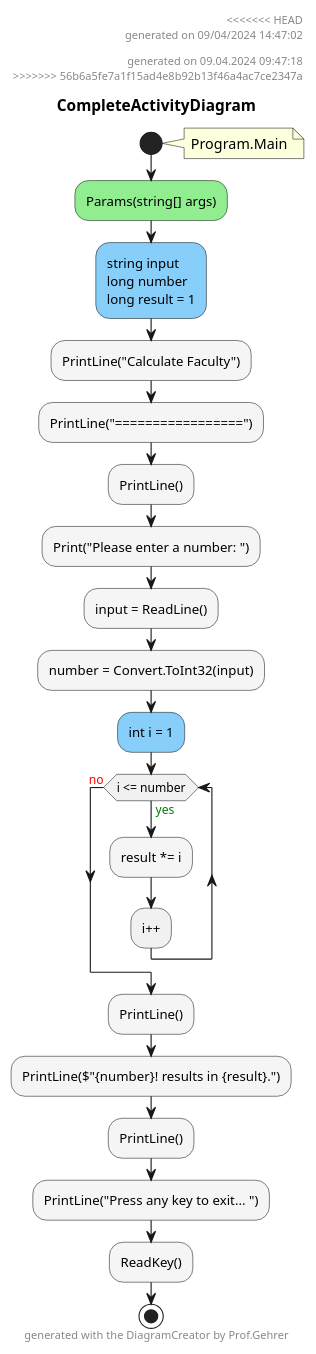
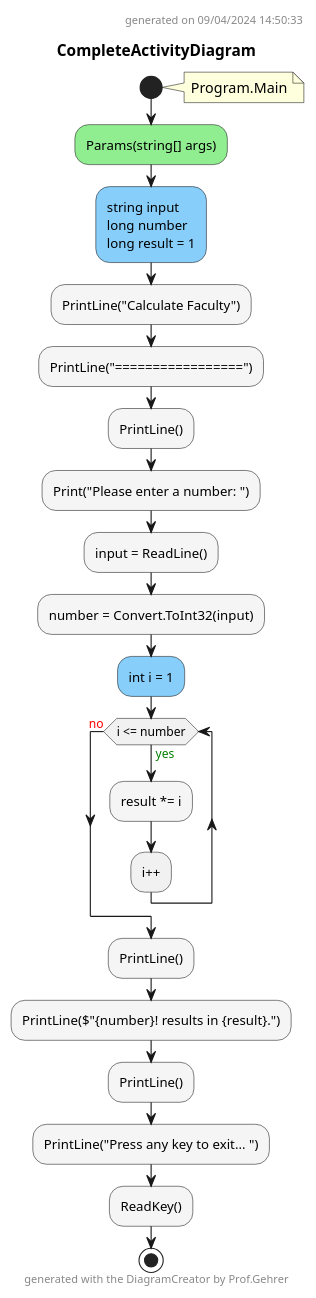
The diagram in Faculty.ConApp/diagrams/CompleteActivityDiagram.puml (leoggehrer/2324-34_ABIF_ACIF_POSE), drawn with PlantUML before and after one commit. The commit also changed 464 other files, not shown here.

```diff
--- a/Faculty.ConApp/diagrams/CompleteActivityDiagram.puml
+++ b/Faculty.ConApp/diagrams/CompleteActivityDiagram.puml
@@ -1,34 +1,30 @@
 @startuml CompleteActivityDiagram
 header
-<<<<<<< HEAD
-generated on 09/04/2024 14:47:02
-=======
-generated on 09.04.2024 09:47:18
->>>>>>> 56b6a5fe7a1f15ad4e8b92b13f46a4ac7ce2347a
+generated on 09/04/2024 14:50:33
 end header
 title CompleteActivityDiagram
 start
 note right:  Program.Main
 #LightGreen:Params(string[] args);
 #LightSkyBlue:string input\nlong number\nlong result = 1;
 #WhiteSmoke:PrintLine("Calculate Faculty");
 #WhiteSmoke:PrintLine("=================");
 #WhiteSmoke:PrintLine();
 #WhiteSmoke:Print("Please enter a number: ");
 #WhiteSmoke:input = ReadLine();
 #WhiteSmoke:number = Convert.ToInt32(input);
 #LightSkyBlue:int i = 1;
 while (i <= number) is (<color:green>yes)
         #WhiteSmoke:result *= i;
 :i++;
 endwhile (<color:red>no)
 #WhiteSmoke:PrintLine();
 #WhiteSmoke:PrintLine($"{number}! results in {result}.");
 #WhiteSmoke:PrintLine();
 #WhiteSmoke:PrintLine("Press any key to exit... ");
 #WhiteSmoke:ReadKey();
 stop
 footer
 generated with the DiagramCreator by Prof.Gehrer
 end footer
 @enduml
```
